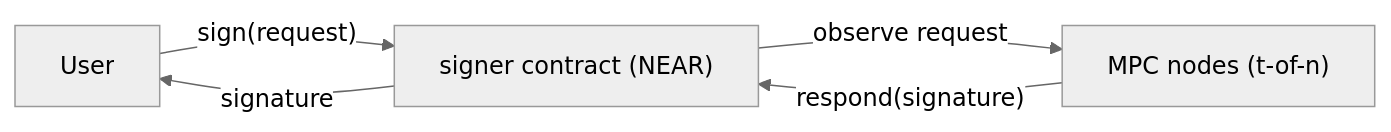
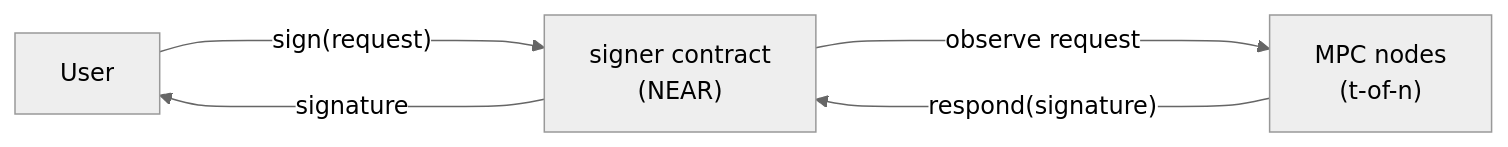
The diagram in README.md (near/mpc), drawn with Mermaid (neutral theme) before and after one commit.

````diff
--- a/README.md
+++ b/README.md
@@ -5,7 +5,7 @@
 ```mermaid
 flowchart LR
-    User -- "sign(request)" --> Contract["signer contract (NEAR)"]
-    Contract -- "observe request" --> Nodes["MPC nodes (t-of-n)"]
-    Nodes -- "respond(signature)" --> Contract
-    Contract -- "signature" --> User
+    User -- "sign(request)" ----> Contract["signer contract<br/>(NEAR)"]
+    Contract -- "signature" ----> User
+    Contract -- "observe request" ----> Nodes["MPC nodes<br/>(t-of-n)"]
+    Nodes -- "respond(signature)" ----> Contract
 ```
````
